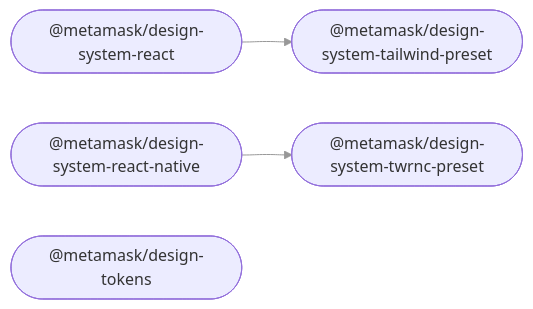
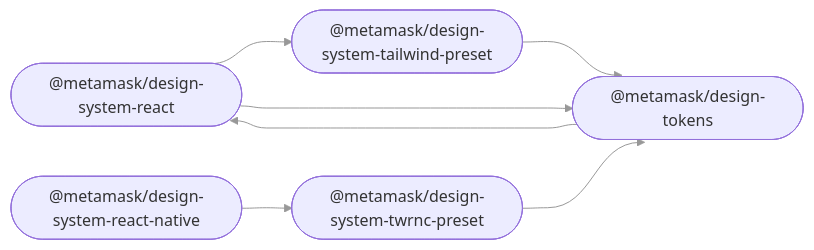
Before and after one commit to alialobidm/metamask-design-system: the diagram in README.md, drawn with Mermaid. The commit also changed 1 other file, not shown here.

First paragraph of the commit message:
chore: updating readme (#429)
## **Description**

````diff
--- a/README.md
+++ b/README.md
@@ -23,12 +23,16 @@
 ```mermaid
 %%{ init: { 'flowchart': { 'curve': 'bumpX' } } }%%
 graph LR;
 linkStyle default opacity:0.5
   design_system_react(["@metamask/design-system-react"]);
   design_system_react_native(["@metamask/design-system-react-native"]);
   design_system_tailwind_preset(["@metamask/design-system-tailwind-preset"]);
   design_system_twrnc_preset(["@metamask/design-system-twrnc-preset"]);
   design_tokens(["@metamask/design-tokens"]);
   design_system_react --> design_system_tailwind_preset;
+  design_system_react --> design_tokens;
   design_system_react_native --> design_system_twrnc_preset;
+  design_system_tailwind_preset --> design_tokens;
+  design_system_twrnc_preset --> design_tokens;
+  design_tokens --> design_system_react;
 ```
````
